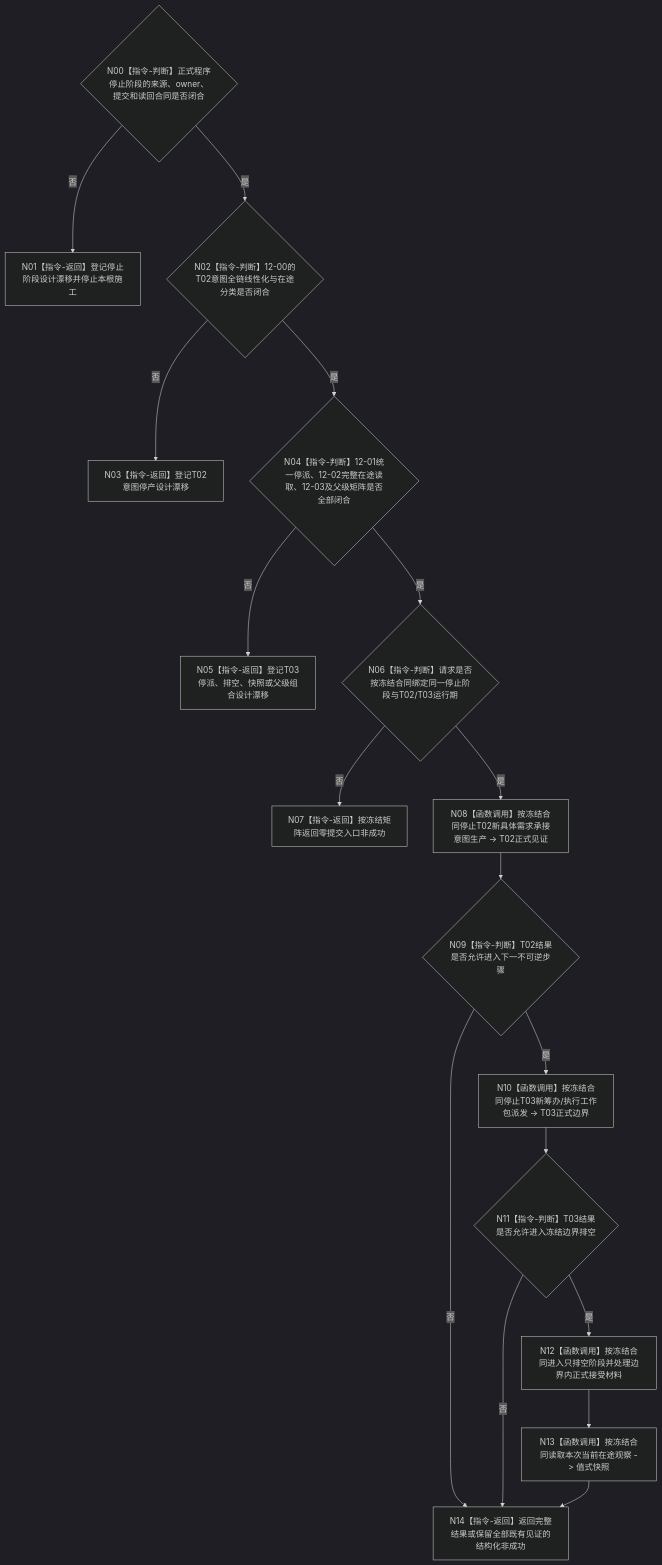
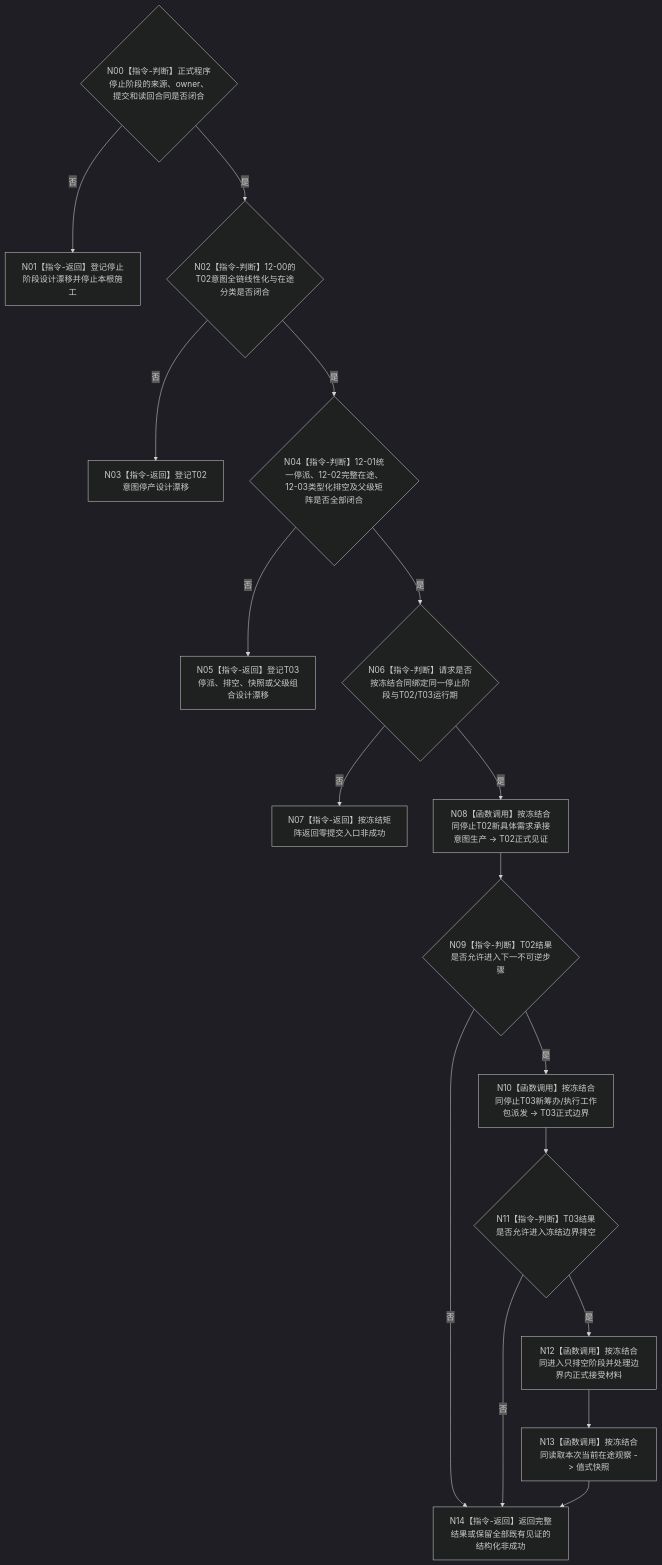
One commit to chunhaizh-cyber/HY-Ego changed the diagram in 流程图/目标业务流程图/L2/BIZ-L2-001-12_停止自我新任务意图并冻结任务工作包派发_目标函数流程图_v0.2.md. Above: the diagram before and after it, drawn with Mermaid (dark theme). The commit also changed other lines of this file and 8 other files, not shown here.

````diff
--- a/流程图/目标业务流程图/L2/BIZ-L2-001-12_停止自我新任务意图并冻结任务工作包派发_目标函数流程图_v0.2.md
+++ b/流程图/目标业务流程图/L2/BIZ-L2-001-12_停止自我新任务意图并冻结任务工作包派发_目标函数流程图_v0.2.md
@@ -32,31 +32,31 @@
 ```mermaid
 flowchart TD
     N00{"N00【指令-判断】正式程序停止阶段的来源、owner、提交和读回合同是否闭合"}
     N01["N01【指令-返回】登记停止阶段设计漂移并停止本根施工"]
     N02{"N02【指令-判断】12-00的T02意图全链线性化与在途分类是否闭合"}
     N03["N03【指令-返回】登记T02意图停产设计漂移"]
-    N04{"N04【指令-判断】12-01统一停派、12-02完整在途读取、12-03及父级矩阵是否全部闭合"}
+    N04{"N04【指令-判断】12-01统一停派、12-02完整在途、12-03类型化排空及父级矩阵是否全部闭合"}
     N05["N05【指令-返回】登记T03停派、排空、快照或父级组合设计漂移"]
     N06{"N06【指令-判断】请求是否按冻结合同绑定同一停止阶段与T02/T03运行期"}
     N07["N07【指令-返回】按冻结矩阵返回零提交入口非成功"]
     N08["N08【函数调用】按冻结合同停止T02新具体需求承接意图生产 -> T02正式见证"]
     N09{"N09【指令-判断】T02结果是否允许进入下一不可逆步骤"}
     N10["N10【函数调用】按冻结合同停止T03新筹办/执行工作包派发 -> T03正式边界"]
     N11{"N11【指令-判断】T03结果是否允许进入冻结边界排空"}
     N12["N12【函数调用】按冻结合同进入只排空阶段并处理边界内正式接受材料"]
     N13["N13【函数调用】按冻结合同读取本次当前在途观察 -> 值式快照"]
     N14["N14【指令-返回】返回完整结果或保留全部既有见证的结构化非成功"]
 
     N00 -->|否| N01
     N00 -->|是| N02
     N02 -->|否| N03
     N02 -->|是| N04
     N04 -->|否| N05
     N04 -->|是| N06
     N06 -->|否| N07
     N06 -->|是| N08 --> N09
     N09 -->|否| N14
     N09 -->|是| N10 --> N11
     N11 -->|否| N14
     N11 -->|是| N12 --> N13 --> N14
 ```
````
